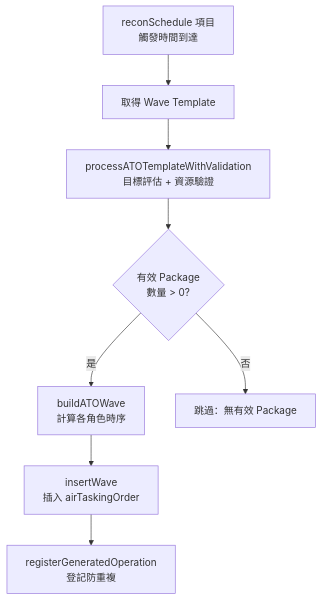
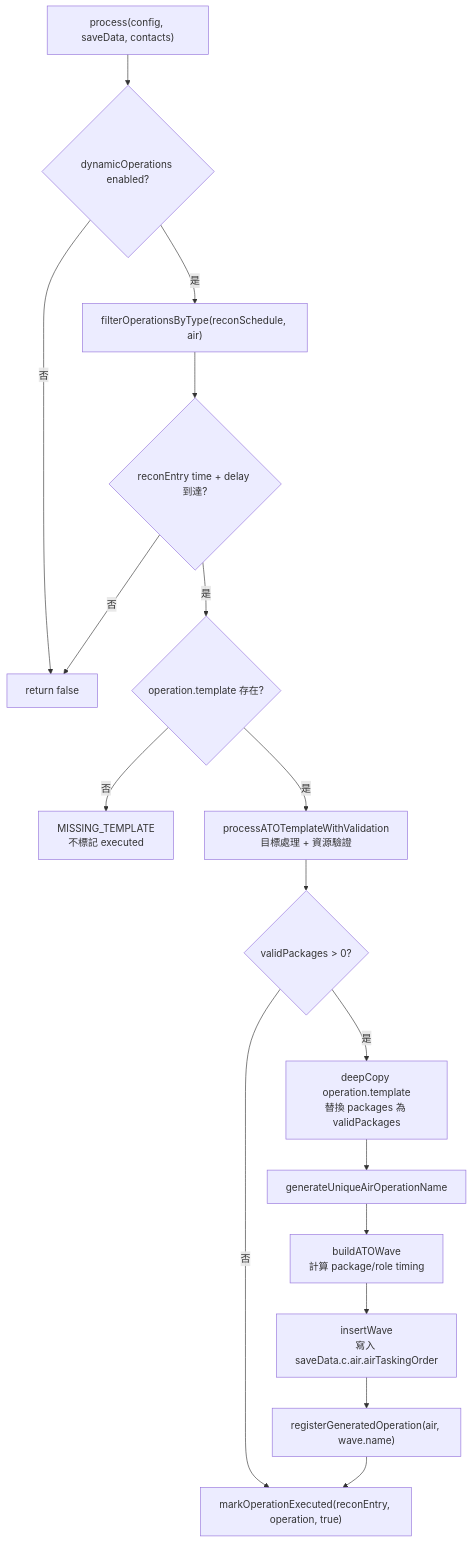
One commit to pullupjumper/formosa-in-flames changed the diagram in docs/strikePlanner/dynamicATOInsertion.md. Above: the diagram before and after it, drawn with Mermaid. The commit also changed other lines of this file and 10 other files, not shown here.

First line of the commit message:
feat(strike-planner): support fallback bases for dynamic ATO packages

````diff
--- a/docs/strikePlanner/dynamicATOInsertion.md
+++ b/docs/strikePlanner/dynamicATOInsertion.md
@@ -17,18 +23,26 @@
 ```mermaid
 flowchart TD
-    ENTRY["reconSchedule 項目<br>觸發時間到達"]
-    TEMPLATE["取得 Wave Template"]
-    VALIDATE["processATOTemplateWithValidation<br>目標評估 + 資源驗證"]
-    CHECK{有效 Package<br>數量 > 0?}
-    BUILD["buildATOWave<br>計算各角色時序"]
-    INSERT["insertWave<br>插入 airTaskingOrder"]
-    REGISTER["registerGeneratedOperation<br>登記防重複"]
+    ENTRY["process(config, saveData, contacts)"]
+    ENABLED{"dynamicOperations enabled?"}
+    FILTER["filterOperationsByType(reconSchedule, air)"]
+    TRIGGER{"reconEntry time + delay 到達?"}
+    TEMPLATE{"operation.template 存在?"}
+    VALIDATE["processATOTemplateWithValidation<br>目標處理 + 資源驗證"]
+    HAS_PACKAGE{"validPackages > 0?"}
+    COPY["deepCopy operation.template<br>替換 packages 為 validPackages"]
+    NAME["generateUniqueAirOperationName"]
+    BUILD["buildATOWave<br>計算 package/role timing"]
+    INSERT["insertWave<br>寫入 saveData.c.air.airTaskingOrder"]
+    REGISTER["registerGeneratedOperation(air, wave.name)"]
+    MARK["markOperationExecuted(reconEntry, operation, true)"]
 
-    ENTRY --> TEMPLATE
-    TEMPLATE --> VALIDATE
-    VALIDATE --> CHECK
-    CHECK -->|否| SKIP["跳過：無有效 Package"]
-    CHECK -->|是| BUILD
-    BUILD --> INSERT
-    INSERT --> REGISTER
+    ENTRY --> ENABLED
+    ENABLED -->|否| END_FALSE["return false"]
+    ENABLED -->|是| FILTER --> TRIGGER
+    TRIGGER -->|否| END_FALSE
+    TRIGGER -->|是| TEMPLATE
+    TEMPLATE -->|否| LOG_ERROR["MISSING_TEMPLATE<br>不標記 executed"]
+    TEMPLATE -->|是| VALIDATE --> HAS_PACKAGE
+    HAS_PACKAGE -->|否| MARK
+    HAS_PACKAGE -->|是| COPY --> NAME --> BUILD --> INSERT --> REGISTER --> MARK
 ```
````
